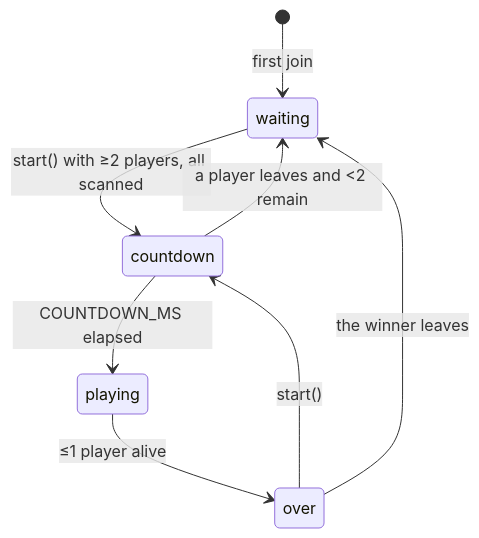
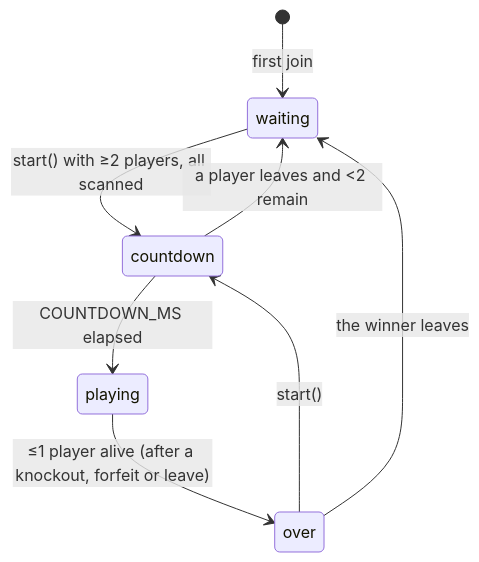
Before and after one commit to Basiliskenzahn/Laser-Tag: the diagram in docs/server/game-rules.md, drawn with Mermaid. The commit also changed other lines of this file and 9 other files, not shown here.

First line of the commit message:
Count leaving mid-round as a forfeit knockout

````diff
--- a/docs/server/game-rules.md
+++ b/docs/server/game-rules.md
@@ -21,10 +21,10 @@
 ```mermaid
 stateDiagram-v2
   [*] --> waiting: first join
   waiting --> countdown: start() with ≥2 players, all scanned
   countdown --> playing: COUNTDOWN_MS elapsed
   countdown --> waiting: a player leaves and <2 remain
-  playing --> over: ≤1 player alive
+  playing --> over: ≤1 player alive (after a knockout, forfeit or leave)
   over --> countdown: start()
   over --> waiting: the winner leaves
 ```
````
